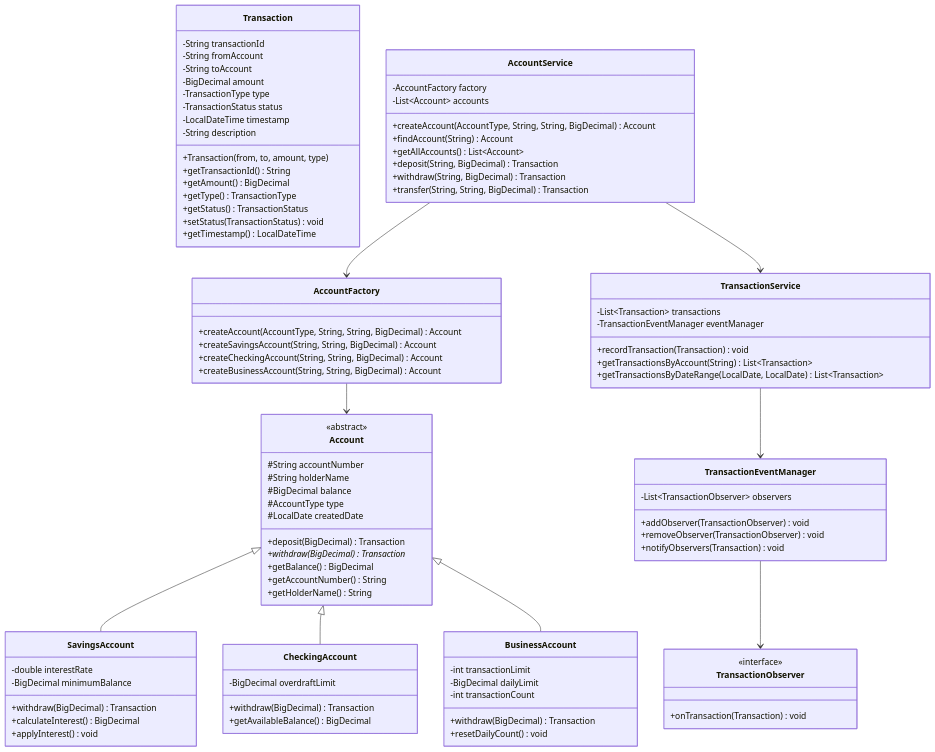
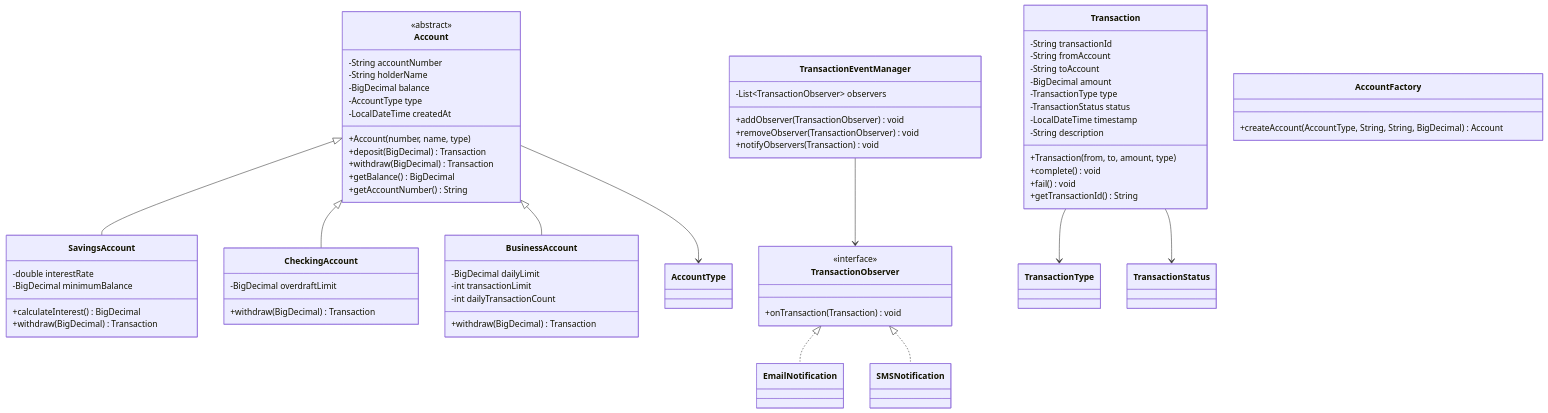
Before and after one commit to javaengineeringacademy/java-engineering-academy: the second of 2 diagrams in 01-programming-languages/Java/02-oop/33-mini-projects/intermediate/bank-management/README.md, drawn with Mermaid. The commit also changed other lines of this file and 48 other files, not shown here.

First line of the commit message:
fix: final polish for 10/10 - split long READMEs, fix duplicates, add diagrams

````diff
--- a/01-programming-languages/Java/02-oop/33-mini-projects/intermediate/bank-management/README.md
+++ b/01-programming-languages/Java/02-oop/33-mini-projects/intermediate/bank-management/README.md
@@ -139,38 +135,35 @@
 classDiagram
     class Account {
         <<abstract>>
-        #String accountNumber
-        #String holderName
-        #BigDecimal balance
-        #AccountType type
-        #LocalDate createdDate
+        -String accountNumber
+        -String holderName
+        -BigDecimal balance
+        -AccountType type
+        -LocalDateTime createdAt
+        +Account(number, name, type)
         +deposit(BigDecimal) Transaction
-        +withdraw(BigDecimal)* Transaction
+        +withdraw(BigDecimal) Transaction
         +getBalance() BigDecimal
         +getAccountNumber() String
-        +getHolderName() String
     }
     
     class SavingsAccount {
         -double interestRate
         -BigDecimal minimumBalance
+        +calculateInterest() BigDecimal
         +withdraw(BigDecimal) Transaction
-        +calculateInterest() BigDecimal
-        +applyInterest() void
     }
     
     class CheckingAccount {
         -BigDecimal overdraftLimit
         +withdraw(BigDecimal) Transaction
-        +getAvailableBalance() BigDecimal
     }
     
     class BusinessAccount {
+        -BigDecimal dailyLimit
         -int transactionLimit
-        -BigDecimal dailyLimit
-        -int transactionCount
+        -int dailyTransactionCount
         +withdraw(BigDecimal) Transaction
-        +resetDailyCount() void
     }
     
     class Transaction {
@@ -183,38 +176,9 @@
         -LocalDateTime timestamp
         -String description
         +Transaction(from, to, amount, type)
+        +complete() void
+        +fail() void
         +getTransactionId() String
-        +getAmount() BigDecimal
-        +getType() TransactionType
-        +getStatus() TransactionStatus
-        +setStatus(TransactionStatus) void
-        +getTimestamp() LocalDateTime
-    }
-    
-    class AccountFactory {
-        +createAccount(AccountType, String, String, BigDecimal) Account
-        +createSavingsAccount(String, String, BigDecimal) Account
-        +createCheckingAccount(String, String, BigDecimal) Account
-        +createBusinessAccount(String, String, BigDecimal) Account
-    }
-    
-    class AccountService {
-        -AccountFactory factory
-        -List~Account~ accounts
-        +createAccount(AccountType, String, String, BigDecimal) Account
-        +findAccount(String) Account
-        +getAllAccounts() List~Account~
-        +deposit(String, BigDecimal) Transaction
-        +withdraw(String, BigDecimal) Transaction
-        +transfer(String, String, BigDecimal) Transaction
-    }
-    
-    class TransactionService {
-        -List~Transaction~ transactions
-        -TransactionEventManager eventManager
-        +recordTransaction(Transaction) void
-        +getTransactionsByAccount(String) List~Transaction~
-        +getTransactionsByDateRange(LocalDate, LocalDate) List~Transaction~
     }
     
     class TransactionObserver {
@@ -229,12 +193,17 @@
         +notifyObservers(Transaction) void
     }
     
+    class AccountFactory {
+        +createAccount(AccountType, String, String, BigDecimal) Account
+    }
+    
     Account <|-- SavingsAccount
     Account <|-- CheckingAccount
     Account <|-- BusinessAccount
-    AccountFactory --> Account
-    AccountService --> AccountFactory
-    AccountService --> TransactionService
-    TransactionService --> TransactionEventManager
+    Account --> AccountType
+    Transaction --> TransactionType
+    Transaction --> TransactionStatus
+    TransactionObserver <|.. EmailNotification
+    TransactionObserver <|.. SMSNotification
     TransactionEventManager --> TransactionObserver
 ```
````
